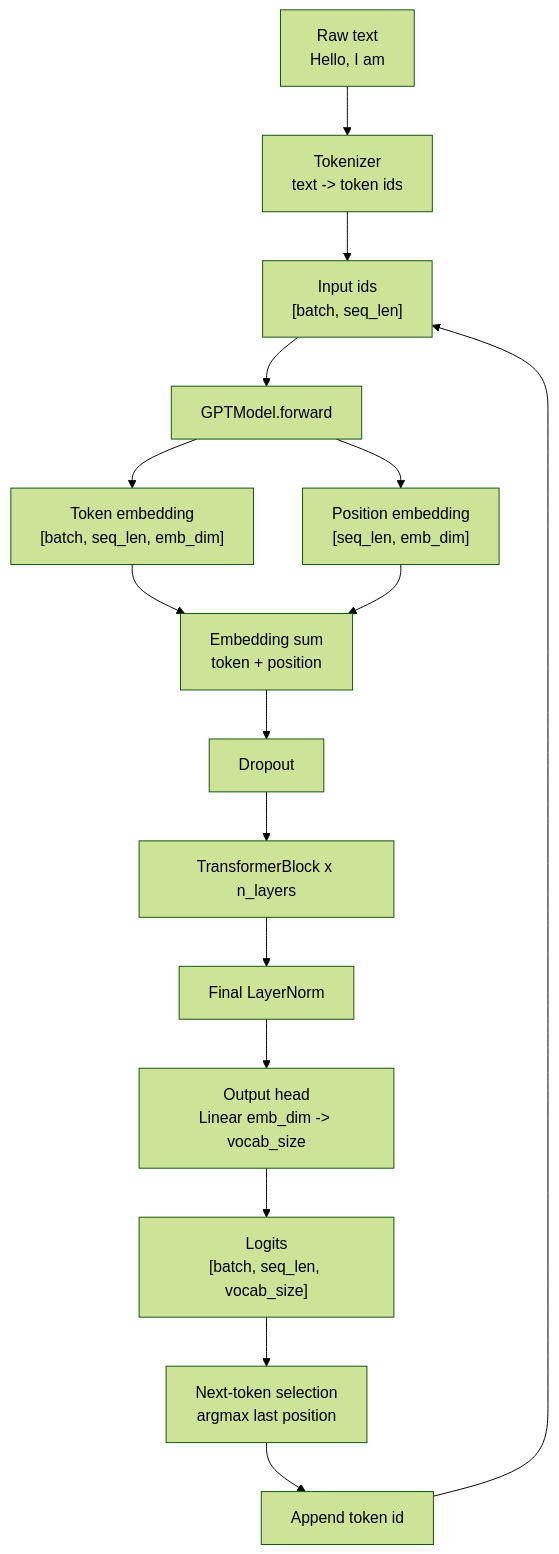
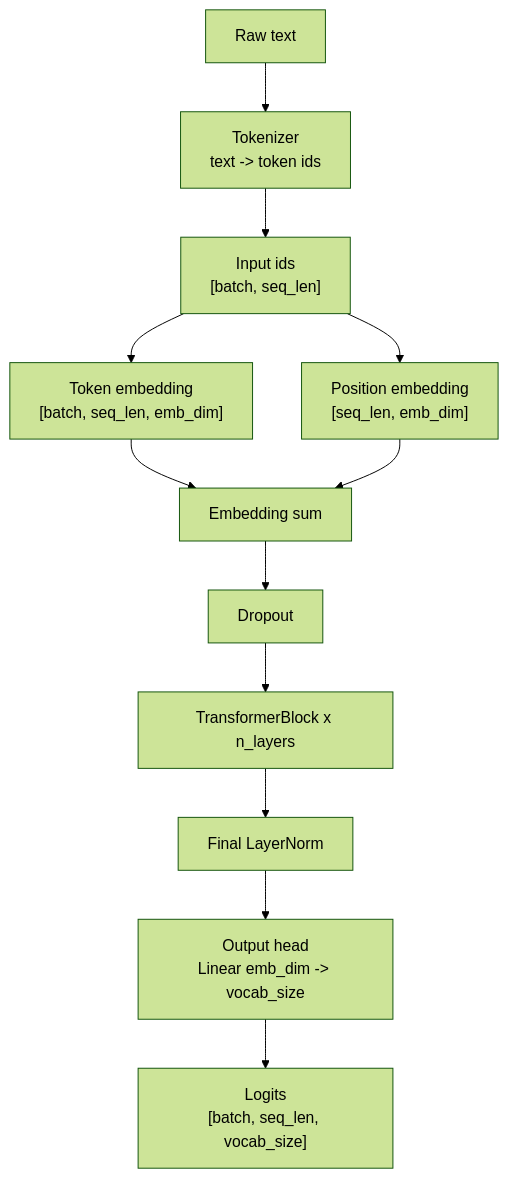
Before and after one commit to boslbosl/ai-specialist-26-language: the first of 5 diagrams in docs/diagrams/Chapter_4_Excercise_GPT.md, drawn with Mermaid (forest theme). The commit also changed other lines of this file and 10 other files, not shown here.

Commit message:
Add diagrams for chapters through chapter 7

````diff
--- a/docs/diagrams/Chapter_4_Excercise_GPT.md
+++ b/docs/diagrams/Chapter_4_Excercise_GPT.md
@@ -8,19 +8,14 @@
 ```mermaid
 flowchart TD
-    A["Raw text<br/>Hello, I am"] --> B["Tokenizer<br/>text -> token ids"]
+    A["Raw text"] --> B["Tokenizer<br/>text -> token ids"]
     B --> C["Input ids<br/>[batch, seq_len]"]
-
-    C --> D["GPTModel.forward"]
-    D --> E["Token embedding<br/>[batch, seq_len, emb_dim]"]
-    D --> F["Position embedding<br/>[seq_len, emb_dim]"]
-    E --> G["Embedding sum<br/>token + position"]
-    F --> G
-    G --> H["Dropout"]
-    H --> I["TransformerBlock x n_layers"]
-    I --> J["Final LayerNorm"]
-    J --> K["Output head<br/>Linear emb_dim -> vocab_size"]
-    K --> L["Logits<br/>[batch, seq_len, vocab_size]"]
-    L --> M["Next-token selection<br/>argmax last position"]
-    M --> N["Append token id"]
-    N --> C
+    C --> D["Token embedding<br/>[batch, seq_len, emb_dim]"]
+    C --> E["Position embedding<br/>[seq_len, emb_dim]"]
+    D --> F["Embedding sum"]
+    E --> F
+    F --> G["Dropout"]
+    G --> H["TransformerBlock x n_layers"]
+    H --> I["Final LayerNorm"]
+    I --> J["Output head<br/>Linear emb_dim -> vocab_size"]
+    J --> K["Logits<br/>[batch, seq_len, vocab_size]"]
 ```
````
